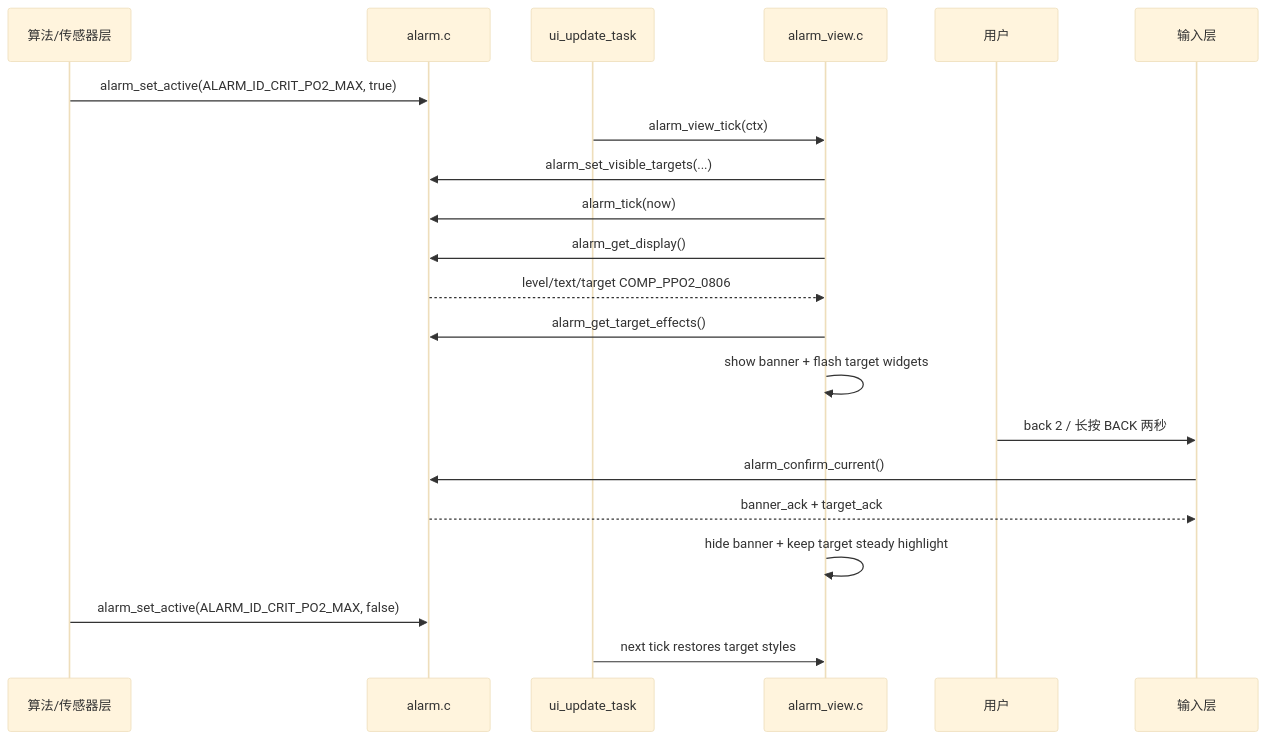
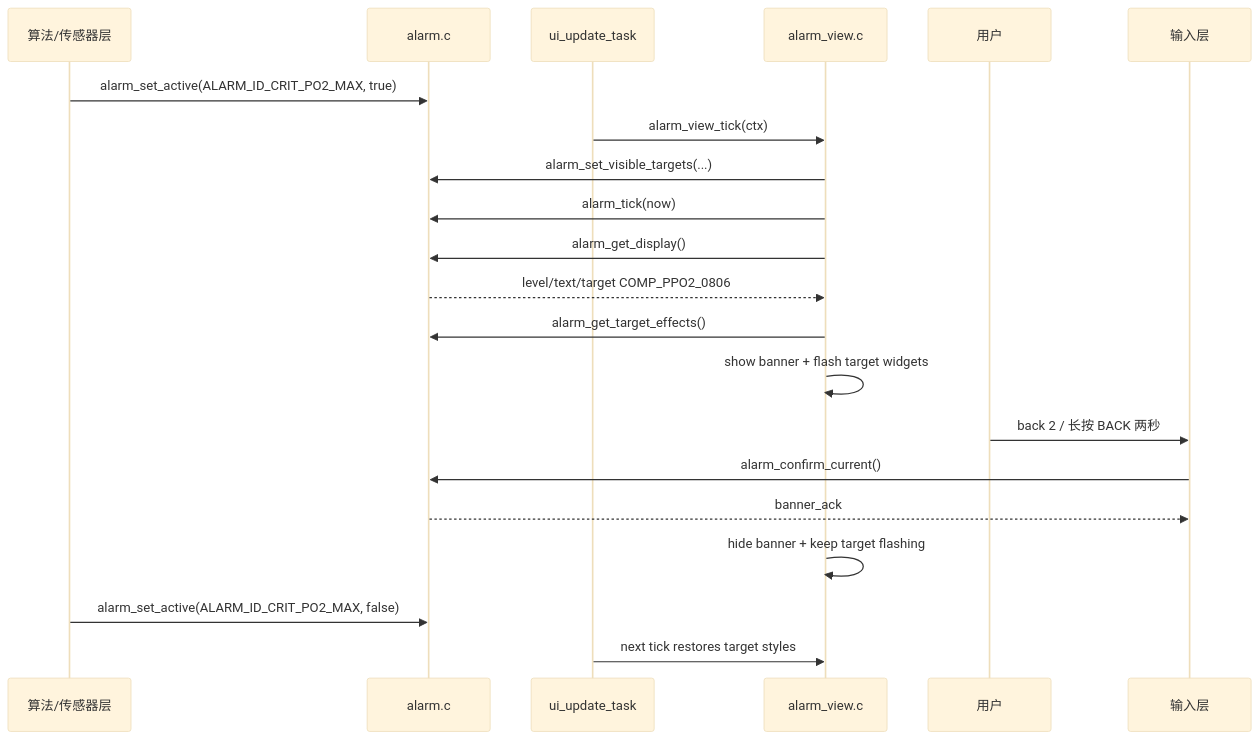
Diagram 19 of 19 in UI_html_DOC/CURRENT_ARCHITECTURE_DEEP_DIVE.md (arexvision/lv_port_win_codeblocks-release-v8.3_hasGroup), drawn with Mermaid (base theme) before and after one commit. The commit also changed other lines of this file and 4 other files, not shown here.

````diff
--- a/UI_html_DOC/CURRENT_ARCHITECTURE_DEEP_DIVE.md
+++ b/UI_html_DOC/CURRENT_ARCHITECTURE_DEEP_DIVE.md
@@ -623,24 +623,24 @@
 ```mermaid
 sequenceDiagram
     participant Algo as 算法/传感器层
     participant Alarm as alarm.c
     participant Timer as ui_update_task
     participant View as alarm_view.c
     participant User as 用户
     participant Input as 输入层
 
     Algo->>Alarm: alarm_set_active(ALARM_ID_CRIT_PO2_MAX, true)
     Timer->>View: alarm_view_tick(ctx)
     View->>Alarm: alarm_set_visible_targets(...)
     View->>Alarm: alarm_tick(now)
     View->>Alarm: alarm_get_display()
     Alarm-->>View: level/text/target COMP_PPO2_0806
     View->>Alarm: alarm_get_target_effects()
     View->>View: show banner + flash target widgets
     User->>Input: back 2 / 长按 BACK 两秒
     Input->>Alarm: alarm_confirm_current()
-    Alarm-->>Input: banner_ack + target_ack
-    View->>View: hide banner + keep target steady highlight
+    Alarm-->>Input: banner_ack
+    View->>View: hide banner + keep target flashing
     Algo->>Alarm: alarm_set_active(ALARM_ID_CRIT_PO2_MAX, false)
     Timer->>View: next tick restores target styles
 ```
````
